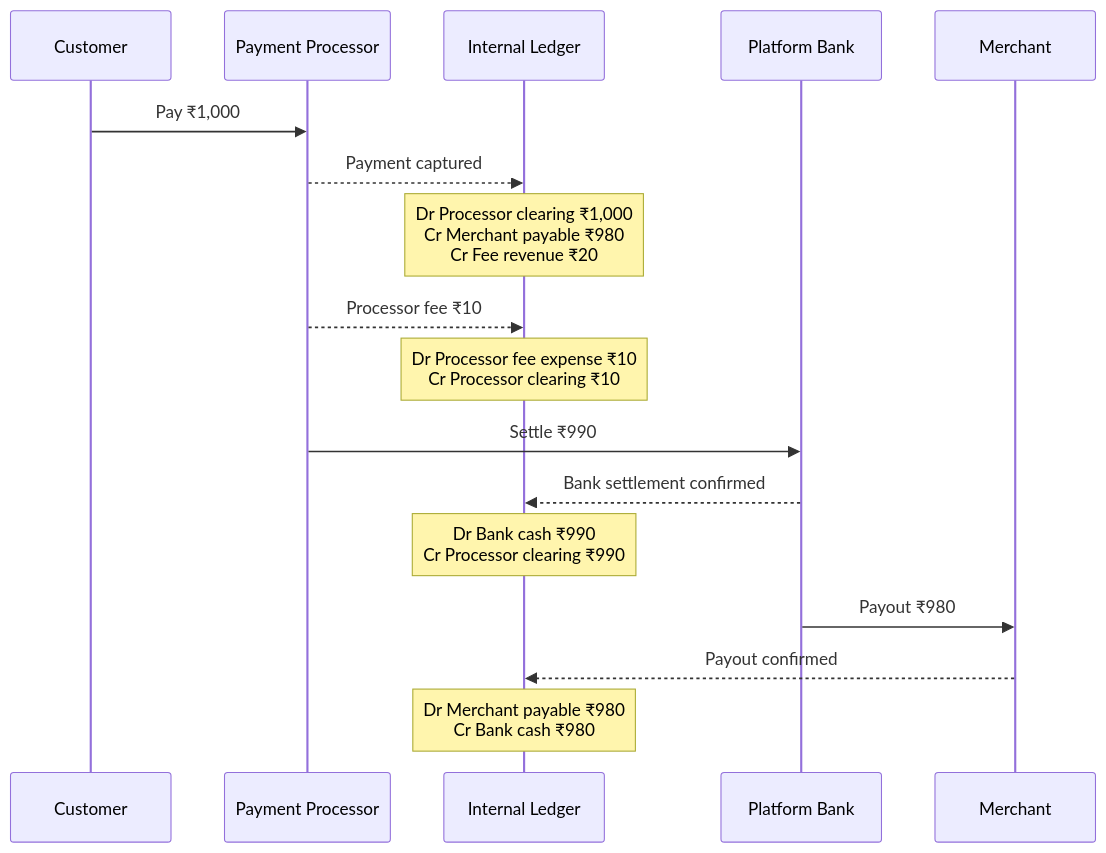
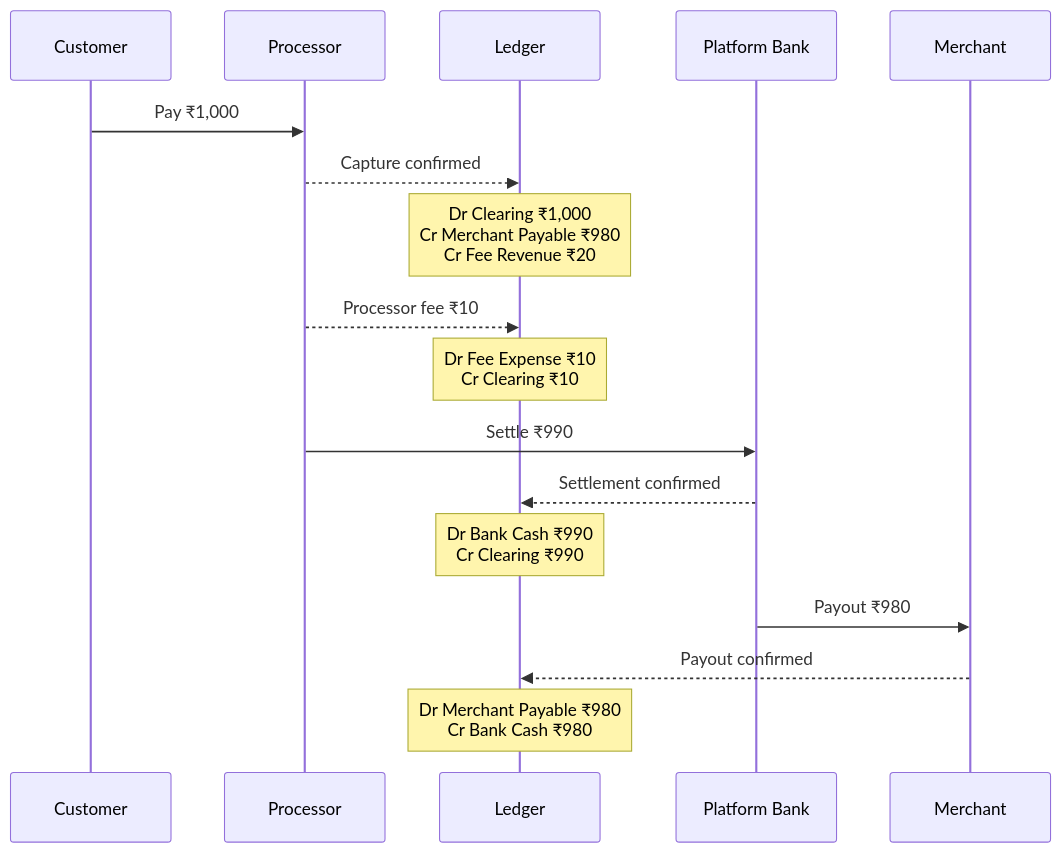
The fourth of 6 diagrams in src/content/payments/double-entry-ledger.md (AvadhBhalodiya/Interview-Preparation), drawn with Mermaid before and after one commit. The commit also changed other lines of this file and 54 other files, not shown here.

````diff
--- a/src/content/payments/double-entry-ledger.md
+++ b/src/content/payments/double-entry-ledger.md
@@ -347,23 +358,23 @@
 ```mermaid
 sequenceDiagram
     participant C as Customer
-    participant PP as Payment Processor
-    participant L as Internal Ledger
+    participant P as Processor
+    participant L as Ledger
     participant B as Platform Bank
     participant M as Merchant
 
-    C->>PP: Pay ₹1,000
-    PP-->>L: Payment captured
-    Note over L: Dr Processor clearing ₹1,000<br/>Cr Merchant payable ₹980<br/>Cr Fee revenue ₹20
+    C->>P: Pay ₹1,000
+    P-->>L: Capture confirmed
+    Note over L: Dr Clearing ₹1,000<br/>Cr Merchant Payable ₹980<br/>Cr Fee Revenue ₹20
 
-    PP-->>L: Processor fee ₹10
-    Note over L: Dr Processor fee expense ₹10<br/>Cr Processor clearing ₹10
+    P-->>L: Processor fee ₹10
+    Note over L: Dr Fee Expense ₹10<br/>Cr Clearing ₹10
 
-    PP->>B: Settle ₹990
-    B-->>L: Bank settlement confirmed
-    Note over L: Dr Bank cash ₹990<br/>Cr Processor clearing ₹990
+    P->>B: Settle ₹990
+    B-->>L: Settlement confirmed
+    Note over L: Dr Bank Cash ₹990<br/>Cr Clearing ₹990
 
     B->>M: Payout ₹980
     M-->>L: Payout confirmed
-    Note over L: Dr Merchant payable ₹980<br/>Cr Bank cash ₹980
+    Note over L: Dr Merchant Payable ₹980<br/>Cr Bank Cash ₹980
 ```
````
